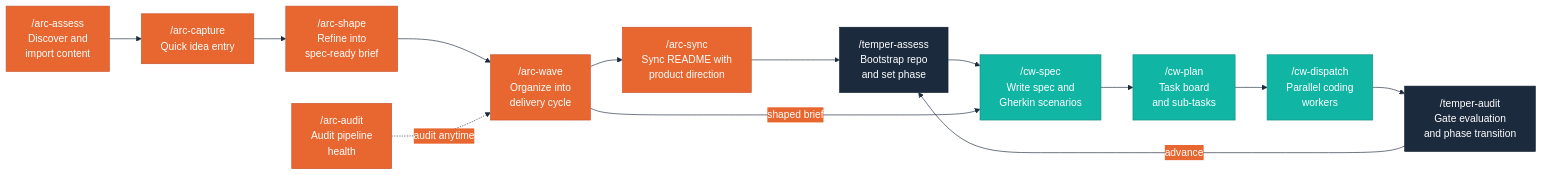
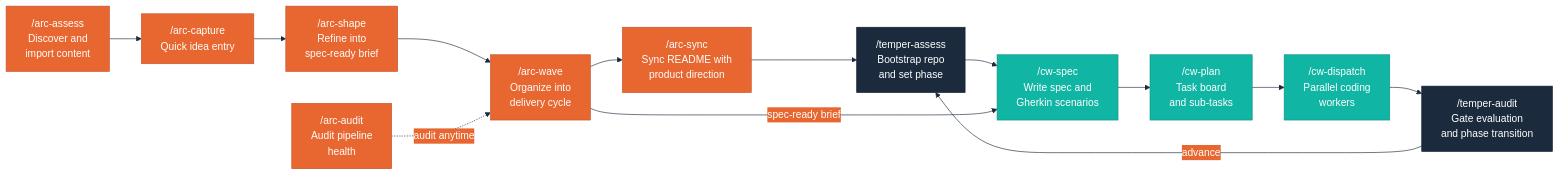
Before and after one commit to ronjanusz-liatrio/arc: the second of 3 diagrams in README.md, drawn with Mermaid. The commit also changed other lines of this file and 4 other files, not shown here.

First line of the commit message:
docs(arc): fix README lifecycle count and pipeline diagram label

````diff
--- a/README.md
+++ b/README.md
@@ -104,28 +104,28 @@
 ```mermaid
 %%{init: {'theme': 'base', 'themeVariables': {'primaryColor': '#11B5A4', 'primaryTextColor': '#FFFFFF', 'primaryBorderColor': '#0D8F82', 'secondaryColor': '#E8662F', 'secondaryTextColor': '#FFFFFF', 'secondaryBorderColor': '#C7502A', 'tertiaryColor': '#1B2A3D', 'tertiaryTextColor': '#FFFFFF', 'lineColor': '#1B2A3D', 'fontFamily': 'Inter, sans-serif'}}}%%
 flowchart LR
     AA["/arc-assess\nDiscover and\nimport content"]:::arc
     AC["/arc-capture\nQuick idea entry"]:::arc
     AS["/arc-shape\nRefine into\nspec-ready brief"]:::arc
     AW["/arc-wave\nOrganize into\ndelivery cycle"]:::arc
     AREADME["/arc-sync\nSync README with\nproduct direction"]:::arc
     AR["/arc-audit\nAudit pipeline\nhealth"]:::arc
 
     CS["/cw-spec\nWrite spec and\nGherkin scenarios"]:::cw
     CP["/cw-plan\nTask board\nand sub-tasks"]:::cw
     CD["/cw-dispatch\nParallel coding\nworkers"]:::cw
 
     TI["/temper-assess\nBootstrap repo\nand set phase"]:::temper
     TP["/temper-audit\nGate evaluation\nand phase transition"]:::temper
 
     AA --> AC
     AC --> AS --> AW --> AREADME --> TI
     TI --> CS --> CP --> CD --> TP
     TP -->|"advance"| TI
-    AW -->|"shaped brief"| CS
+    AW -->|"spec-ready brief"| CS
     AR -. "audit anytime" .-> AW
 
     classDef arc fill:#E8662F,stroke:#C7502A,color:#FFFFFF
     classDef cw fill:#11B5A4,stroke:#0D8F82,color:#FFFFFF
     classDef temper fill:#1B2A3D,stroke:#0F1D2B,color:#FFFFFF
 ```
````
